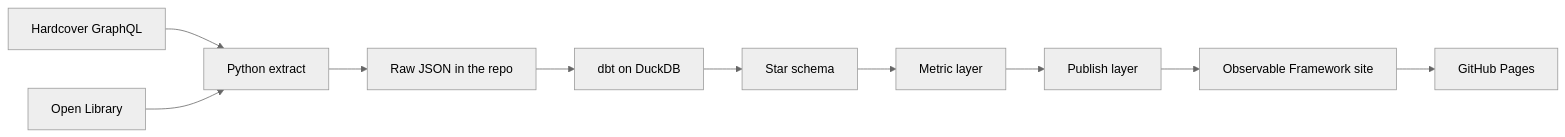
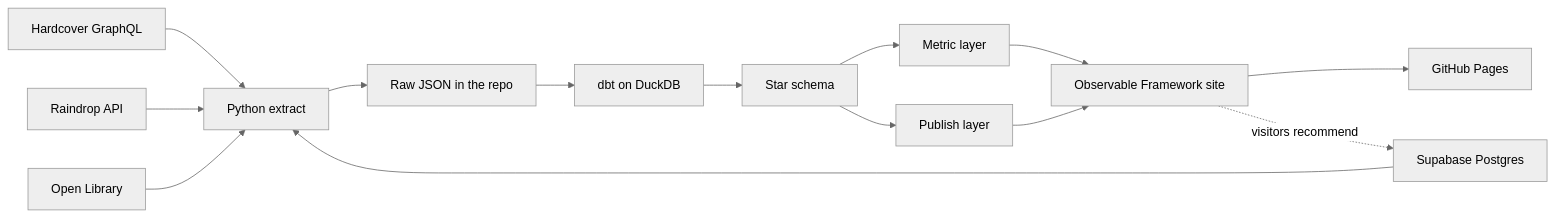
One commit to surbhi-bhor/reading-library changed the diagram in docs/case-study.md. Above: the diagram before and after it, drawn with Mermaid (neutral theme). The commit also changed other lines of this file and 84 other files, not shown here.

````diff
--- a/docs/case-study.md
+++ b/docs/case-study.md
@@ -49,12 +52,16 @@
 ```mermaid
 flowchart LR
   HC[Hardcover GraphQL] --> EX[Python extract]
+  RD[Raindrop API] --> EX
+  SB[Supabase Postgres] --> EX
   OL[Open Library] --> EX
   EX --> RAW[Raw JSON in the repo]
   RAW --> DBT[dbt on DuckDB]
   DBT --> MARTS[Star schema]
   MARTS --> MET[Metric layer]
-  MET --> PUB[Publish layer]
-  PUB --> SITE[Observable Framework site]
+  MARTS --> PUB[Publish layer]
+  MET --> SITE[Observable Framework site]
+  PUB --> SITE
   SITE --> GP[GitHub Pages]
+  SITE -. visitors recommend .-> SB
 ```
````
